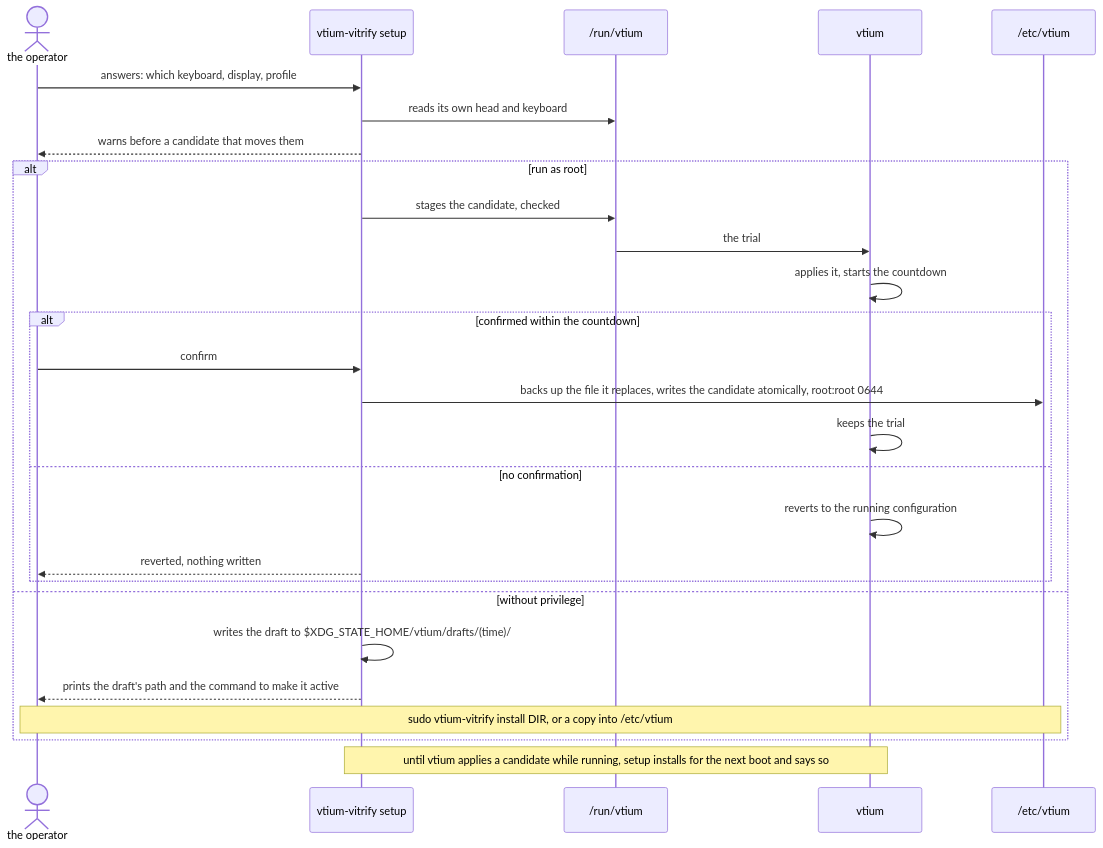
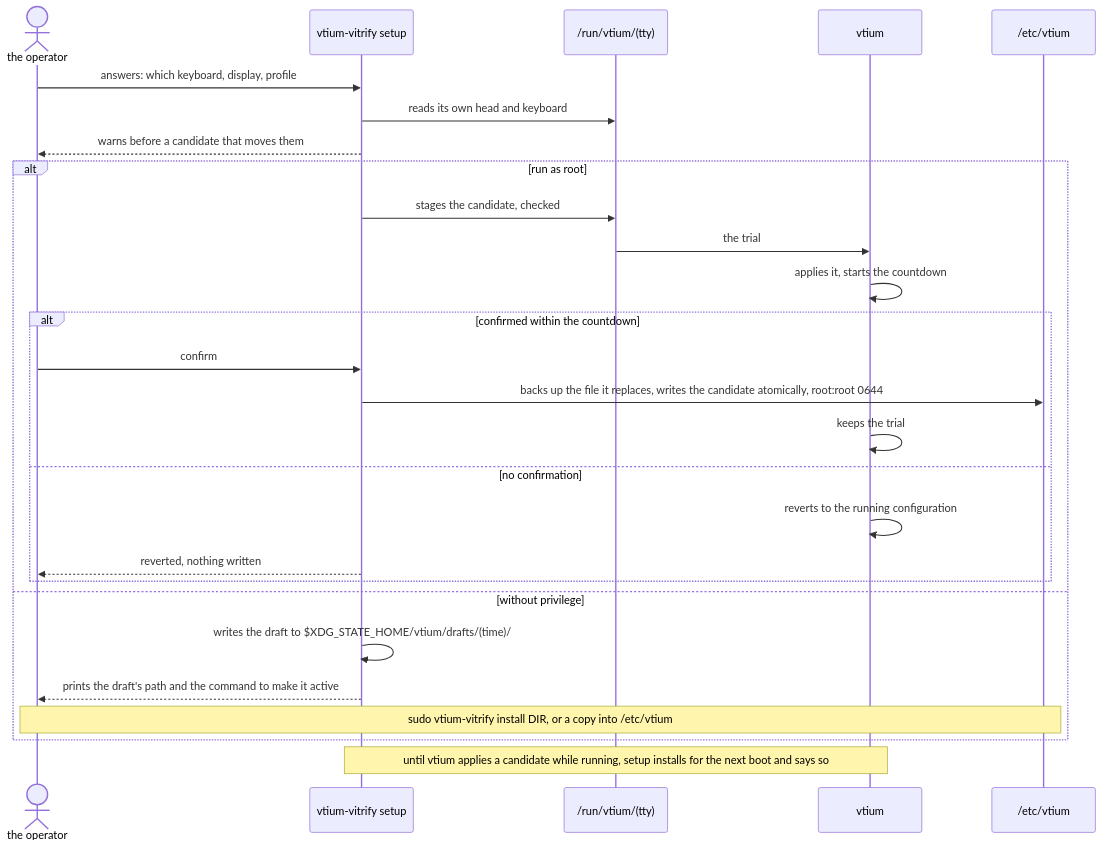
Before and after one commit to vtium/vtium: the fifth of 5 diagrams in docs/architecture/platform/ADR-1401-heads-a-terminal-per-physical-display-placed-by-a-first-match-ruleset.md, drawn with Mermaid. The commit also changed other lines of this file and 1 other file, not shown here.

````diff
--- a/docs/architecture/platform/ADR-1401-heads-a-terminal-per-physical-display-placed-by-a-first-match-ruleset.md
+++ b/docs/architecture/platform/ADR-1401-heads-a-terminal-per-physical-display-placed-by-a-first-match-ruleset.md
@@ -531,29 +552,29 @@
 ```mermaid
 sequenceDiagram
     actor Op as the operator
     participant V as vtium-vitrify setup
-    participant R as /run/vtium
+    participant R as /run/vtium/(tty)
     participant T as vtium
     participant E as /etc/vtium
     Op->>V: answers: which keyboard, display, profile
     V->>R: reads its own head and keyboard
     V-->>Op: warns before a candidate that moves them
     alt run as root
         V->>R: stages the candidate, checked
         R->>T: the trial
         T->>T: applies it, starts the countdown
         alt confirmed within the countdown
             Op->>V: confirm
             V->>E: backs up the file it replaces, writes the candidate atomically, root:root 0644
             T->>T: keeps the trial
         else no confirmation
             T->>T: reverts to the running configuration
             V-->>Op: reverted, nothing written
         end
     else without privilege
         V->>V: writes the draft to $XDG_STATE_HOME/vtium/drafts/(time)/
         V-->>Op: prints the draft's path and the command to make it active
         Note over Op,E: sudo vtium-vitrify install DIR, or a copy into /etc/vtium
     end
     Note over V,T: until vtium applies a candidate while running, setup installs for the next boot and says so
 ```
````
